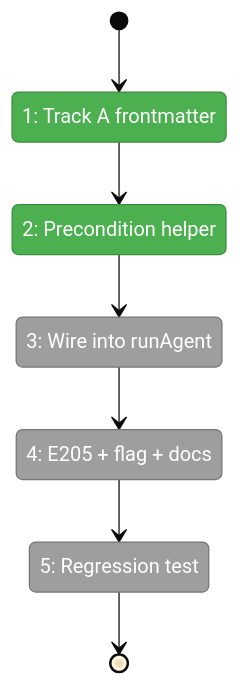
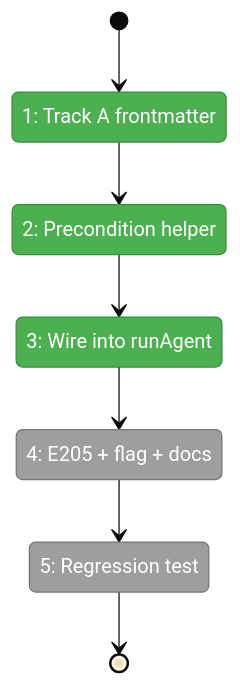
One commit to AI-Substrate/minih changed the first of 2 diagrams in docs/plans/018-agent-permissions/fixes/FX008-coordination-write-precondition.fltplan.md. Above: the diagram before and after it, drawn with Mermaid (base theme). The commit also changed other lines of this file and 8 other files, not shown here.

````diff
--- a/docs/plans/018-agent-permissions/fixes/FX008-coordination-write-precondition.fltplan.md
+++ b/docs/plans/018-agent-permissions/fixes/FX008-coordination-write-precondition.fltplan.md
@@ -40,23 +40,23 @@
 ```mermaid
 stateDiagram-v2
     classDef pending fill:#9E9E9E,stroke:#757575,color:#fff
     classDef active fill:#FFC107,stroke:#FFA000,color:#000
     classDef done fill:#4CAF50,stroke:#388E3C,color:#fff
     classDef blocked fill:#F44336,stroke:#D32F2F,color:#fff
 
     state "1: Track A frontmatter" as S1
     state "2: Precondition helper" as S2
     state "3: Wire into runAgent" as S3
     state "4: E205 + flag + docs" as S4
     state "5: Regression test" as S5
 
     [*] --> S1
     S1 --> S2
     S2 --> S3
     S3 --> S4
     S4 --> S5
     S5 --> [*]
 
-    class S3,S4,S5 pending
-    class S1,S2 done
+    class S4,S5 pending
+    class S1,S2,S3 done
 ```
````
